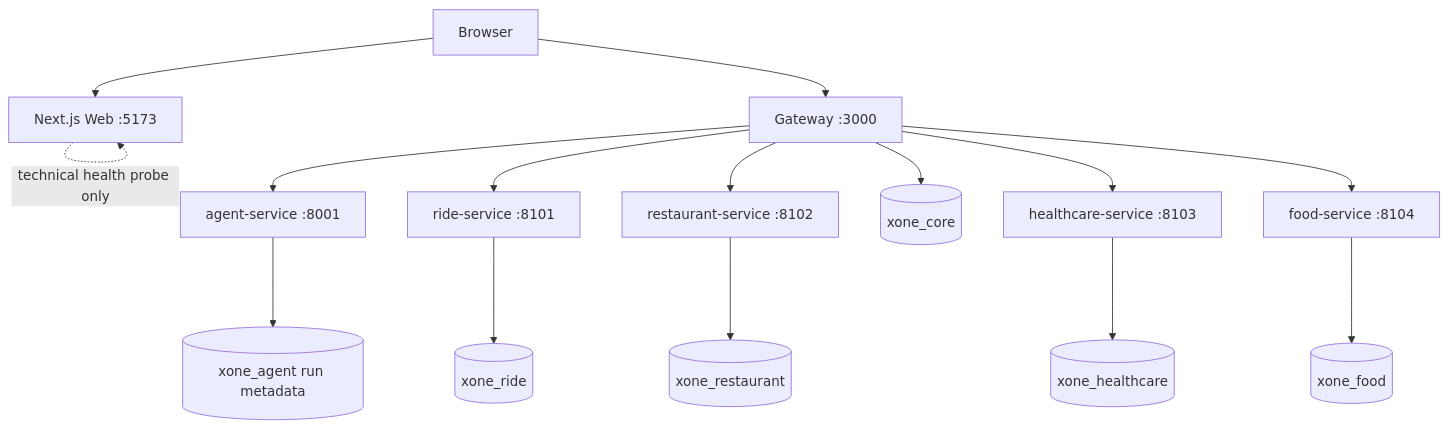
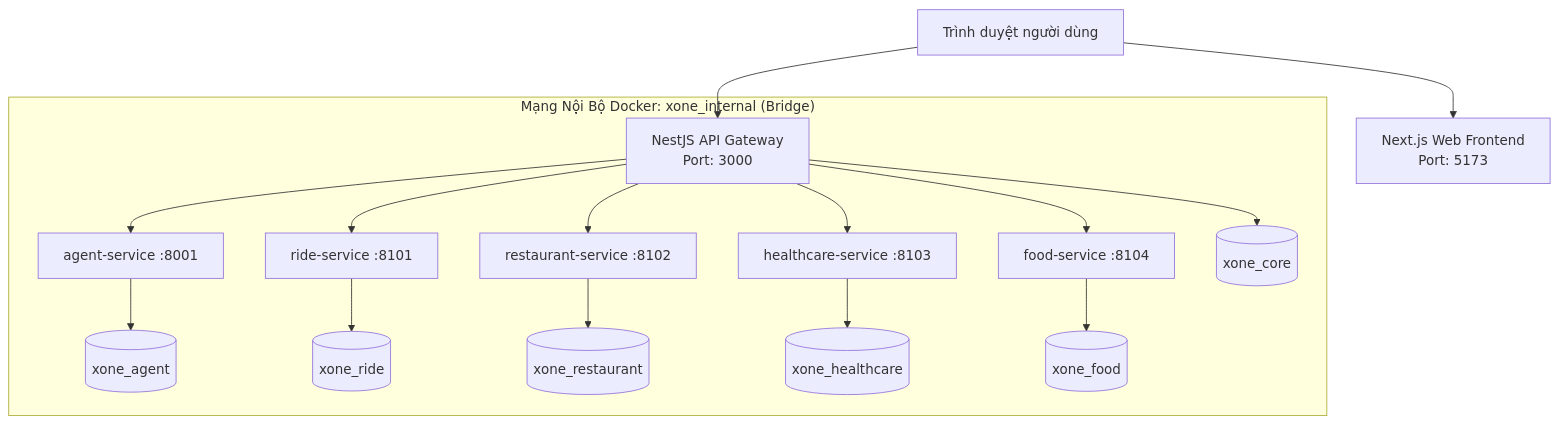
One commit to codecuatai/P-018 changed the diagram in docs/architecture/runtime-architecture.md. Above: the diagram before and after it, drawn with Mermaid. The commit also changed other lines of this file and 71 other files, not shown here.

````diff
--- a/docs/architecture/runtime-architecture.md
+++ b/docs/architecture/runtime-architecture.md
@@ -9,17 +9,20 @@
 ```mermaid
 flowchart TB
-  Browser --> Web[Next.js Web :5173]
-  Browser --> Gateway[Gateway :3000]
-  Web -. technical health probe only .-> Web
-  Gateway --> Agent[agent-service :8001]
-  Gateway --> Ride[ride-service :8101]
-  Gateway --> Restaurant[restaurant-service :8102]
-  Gateway --> Healthcare[healthcare-service :8103]
-  Gateway --> Food[food-service :8104]
-  Gateway --> Core[(xone_core)]
-  Agent --> AgentDb[(xone_agent run metadata)]
-  Ride --> RideDb[(xone_ride)]
-  Restaurant --> RestaurantDb[(xone_restaurant)]
-  Healthcare --> HealthcareDb[(xone_healthcare)]
-  Food --> FoodDb[(xone_food)]
+  Browser[Trình duyệt người dùng] --> Web[Next.js Web Frontend\nPort: 5173]
+  Browser --> Gateway[NestJS API Gateway\nPort: 3000]
+  
+  subgraph InternalNetwork["Mạng Nội Bộ Docker: xone_internal (Bridge)"]
+    Gateway --> Agent[agent-service :8001]
+    Gateway --> Ride[ride-service :8101]
+    Gateway --> Restaurant[restaurant-service :8102]
+    Gateway --> Healthcare[healthcare-service :8103]
+    Gateway --> Food[food-service :8104]
+    
+    Gateway --> Core[(xone_core)]
+    Agent --> AgentDb[(xone_agent)]
+    Ride --> RideDb[(xone_ride)]
+    Restaurant --> RestaurantDb[(xone_restaurant)]
+    Healthcare --> HealthcareDb[(xone_healthcare)]
+    Food --> FoodDb[(xone_food)]
+  end
 ```
````
